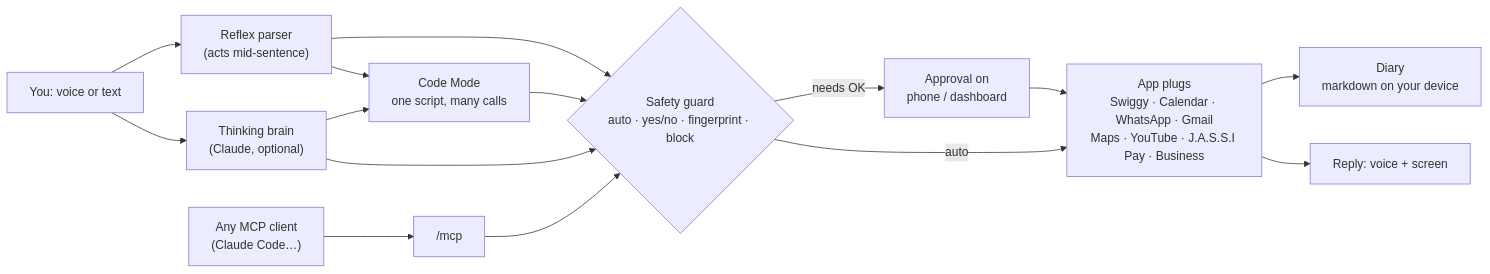
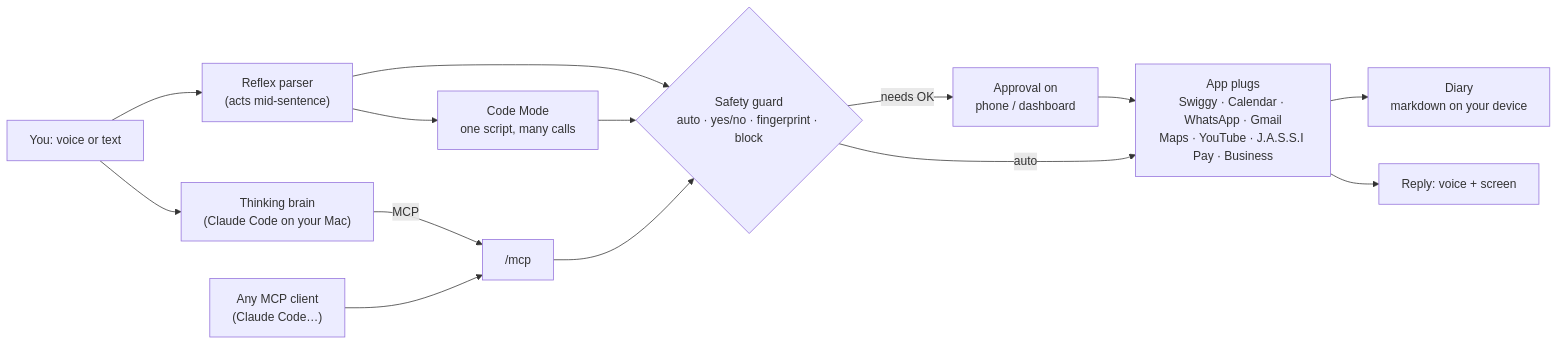
Before and after one commit to Pulin-PC/J.A.S.S.I: the diagram in README.md, drawn with Mermaid. The commit also changed other lines of this file and 17 other files, not shown here.

Commit message:
Host on Cloudflare (Worker + Durable Object); Claude Code on the Mac is the brain (no API key)

````diff
--- a/README.md
+++ b/README.md
@@ -77,17 +96,16 @@
 ```mermaid
 flowchart LR
   V["You: voice or text"] --> P["Reflex parser<br/>(acts mid-sentence)"]
-  V --> B["Thinking brain<br/>(Claude, optional)"]
+  V --> B["Thinking brain<br/>(Claude Code on your Mac)"]
   X["Any MCP client<br/>(Claude Code…)"] --> M["/mcp"]
   P --> G
-  B --> CM["Code Mode<br/>one script, many calls"]
-  P --> CM
+  B -->|MCP| M
+  P --> CM["Code Mode<br/>one script, many calls"]
   M --> G
   CM --> G{"Safety guard<br/>auto · yes/no · fingerprint · block"}
-  B --> G
   G -->|needs OK| A["Approval on<br/>phone / dashboard"]
   A --> T
   G -->|auto| T["App plugs<br/>Swiggy · Calendar · WhatsApp · Gmail<br/>Maps · YouTube · J.A.S.S.I Pay · Business"]
   T --> D["Diary<br/>markdown on your device"]
   T --> R["Reply: voice + screen"]
 ```
````
